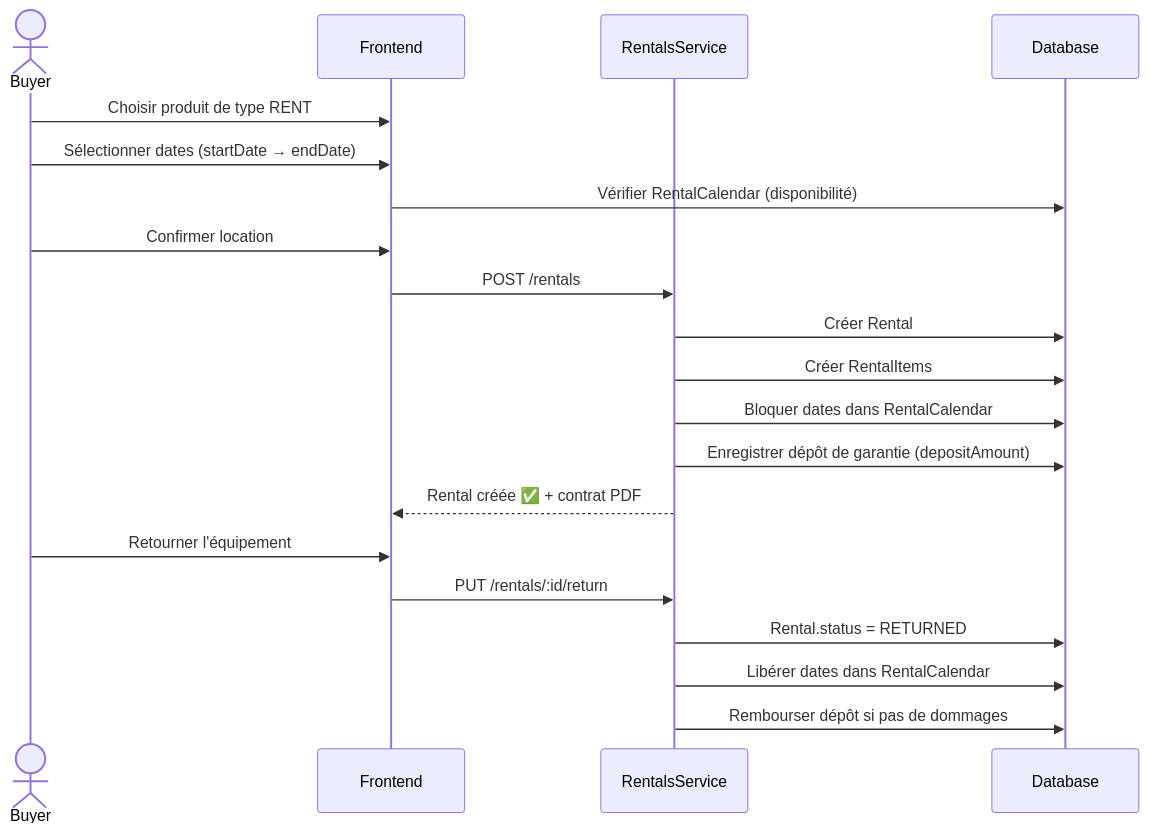
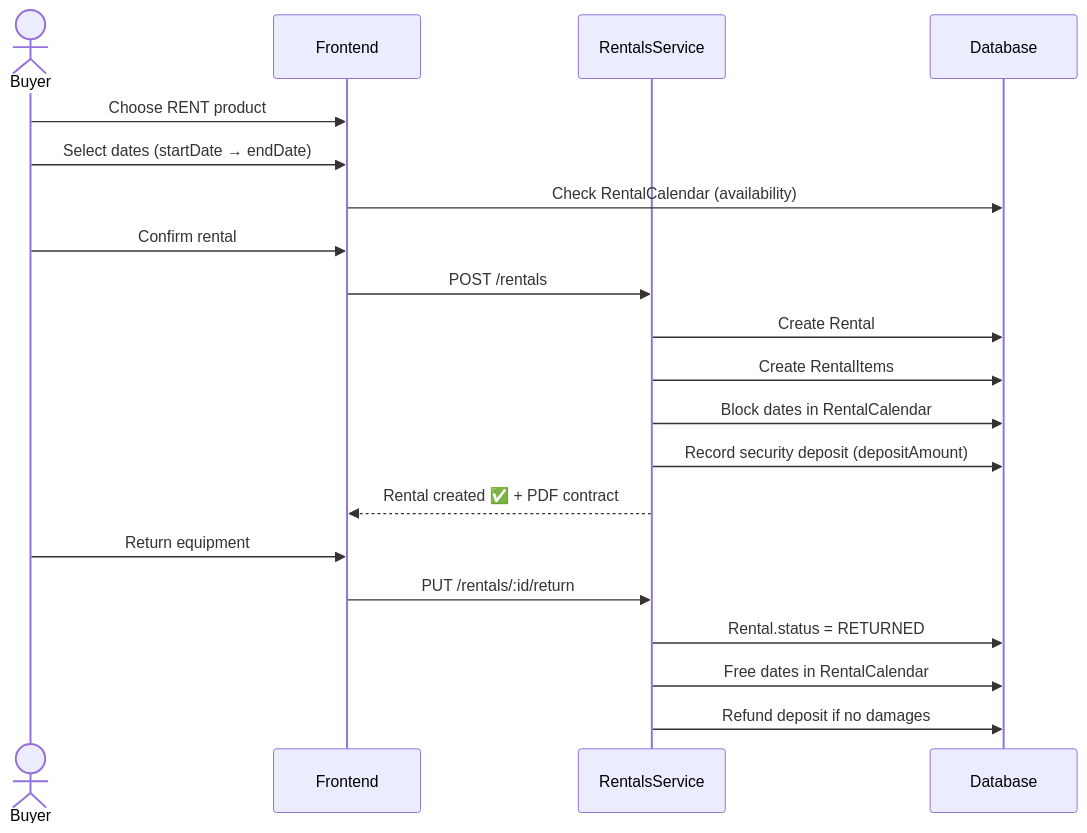
One commit to tayeb736/prohect12 changed the fifth of 7 diagrams in presentation_medishop.md. Above: the diagram before and after it, drawn with Mermaid. The commit also changed other lines of this file and 5 other files, not shown here.

````diff
--- a/presentation_medishop.md
+++ b/presentation_medishop.md
@@ -701,26 +147,26 @@
 ```mermaid
 sequenceDiagram
   actor Buyer
   participant Frontend
   participant RentalsService
   participant Database
 
-  Buyer->>Frontend: Choisir produit de type RENT
-  Buyer->>Frontend: Sélectionner dates (startDate → endDate)
-  Frontend->>Database: Vérifier RentalCalendar (disponibilité)
+  Buyer->>Frontend: Choose RENT product
+  Buyer->>Frontend: Select dates (startDate → endDate)
+  Frontend->>Database: Check RentalCalendar (availability)
   
-  Buyer->>Frontend: Confirmer location
+  Buyer->>Frontend: Confirm rental
   Frontend->>RentalsService: POST /rentals
   
-  RentalsService->>Database: Créer Rental
-  RentalsService->>Database: Créer RentalItems
-  RentalsService->>Database: Bloquer dates dans RentalCalendar
-  RentalsService->>Database: Enregistrer dépôt de garantie (depositAmount)
-  RentalsService-->>Frontend: Rental créée ✅ + contrat PDF
+  RentalsService->>Database: Create Rental
+  RentalsService->>Database: Create RentalItems
+  RentalsService->>Database: Block dates in RentalCalendar
+  RentalsService->>Database: Record security deposit (depositAmount)
+  RentalsService-->>Frontend: Rental created ✅ + PDF contract
 
-  Buyer->>Frontend: Retourner l'équipement
+  Buyer->>Frontend: Return equipment
   Frontend->>RentalsService: PUT /rentals/:id/return
   RentalsService->>Database: Rental.status = RETURNED
-  RentalsService->>Database: Libérer dates dans RentalCalendar
-  RentalsService->>Database: Rembourser dépôt si pas de dommages
+  RentalsService->>Database: Free dates in RentalCalendar
+  RentalsService->>Database: Refund deposit if no damages
 ```
````
